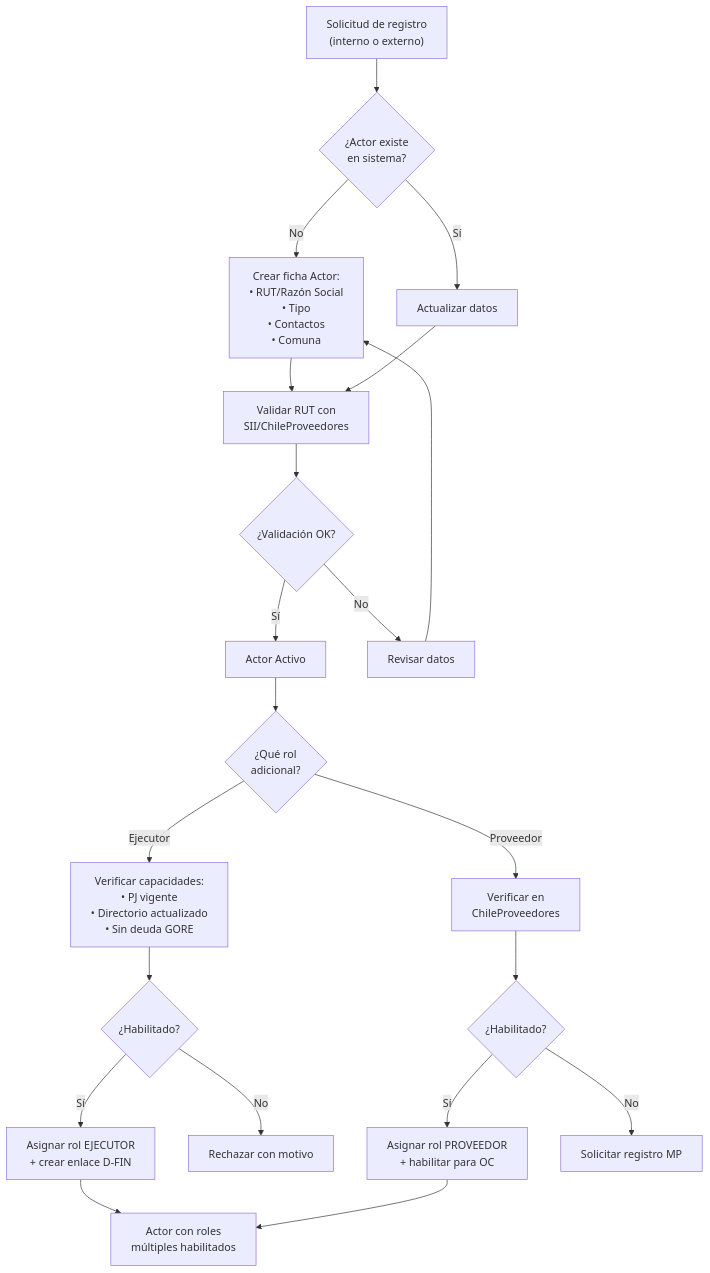
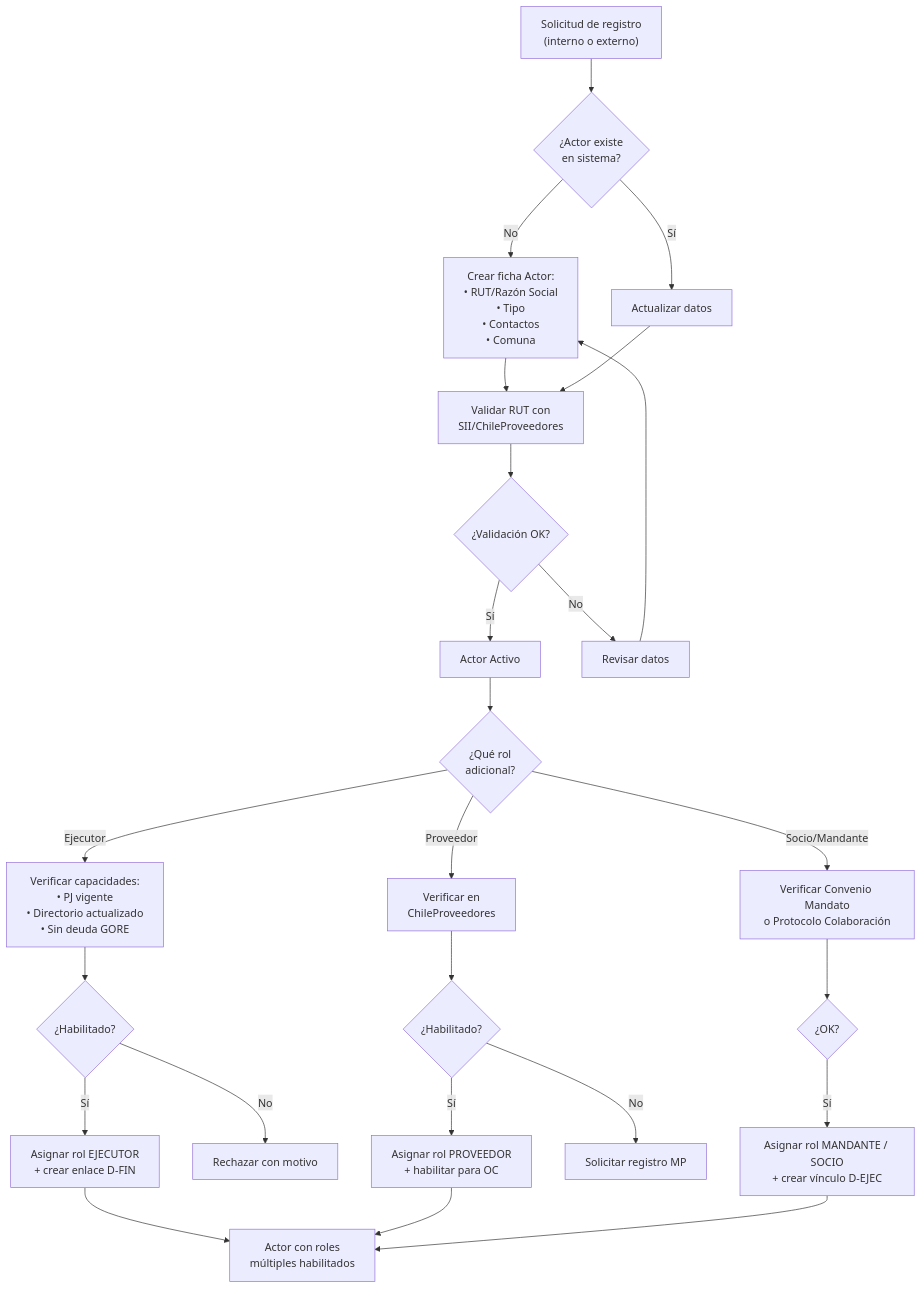
The seventh of 7 diagrams in docs/blueprint/domains/domain_d-gob.md (felix-antonio-sl/gore_os), drawn with Mermaid before and after one commit. The commit also changed other lines of this file and 26 other files, not shown here.

````diff
--- a/docs/blueprint/domains/domain_d-gob.md
+++ b/docs/blueprint/domains/domain_d-gob.md
@@ -288,23 +292,27 @@
 ```mermaid
 flowchart TD
     A["Solicitud de registro<br/>(interno o externo)"] --> B{"¿Actor existe<br/>en sistema?"}
     B -->|"No"| C["Crear ficha Actor:<br/>• RUT/Razón Social<br/>• Tipo<br/>• Contactos<br/>• Comuna"]
     B -->|"Sí"| D["Actualizar datos"]
     C --> E["Validar RUT con<br/>SII/ChileProveedores"]
     D --> E
     E --> F{"¿Validación OK?"}
     F -->|"Sí"| G["Actor Activo"]
     F -->|"No"| H["Revisar datos"]
     H --> C
     G --> I{"¿Qué rol<br/>adicional?"}
     I -->|"Ejecutor"| J["Verificar capacidades:<br/>• PJ vigente<br/>• Directorio actualizado<br/>• Sin deuda GORE"]
     I -->|"Proveedor"| K["Verificar en<br/>ChileProveedores"]
     J --> L{"¿Habilitado?"}
     K --> M{"¿Habilitado?"}
     L -->|"Sí"| N["Asignar rol EJECUTOR<br/>+ crear enlace D-FIN"]
     L -->|"No"| O["Rechazar con motivo"]
     M -->|"Sí"| P["Asignar rol PROVEEDOR<br/>+ habilitar para OC"]
     M -->|"No"| Q["Solicitar registro MP"]
     N --> R["Actor con roles<br/>múltiples habilitados"]
     P --> R
+    I -->|"Socio/Mandante"| S["Verificar Convenio Mandato<br/>o Protocolo Colaboración"]
+    S --> T{"¿OK?"}
+    T -->|"Sí"| U["Asignar rol MANDANTE / SOCIO<br/>+ crear vínculo D-EJEC"]
+    U --> R
 ```
````
